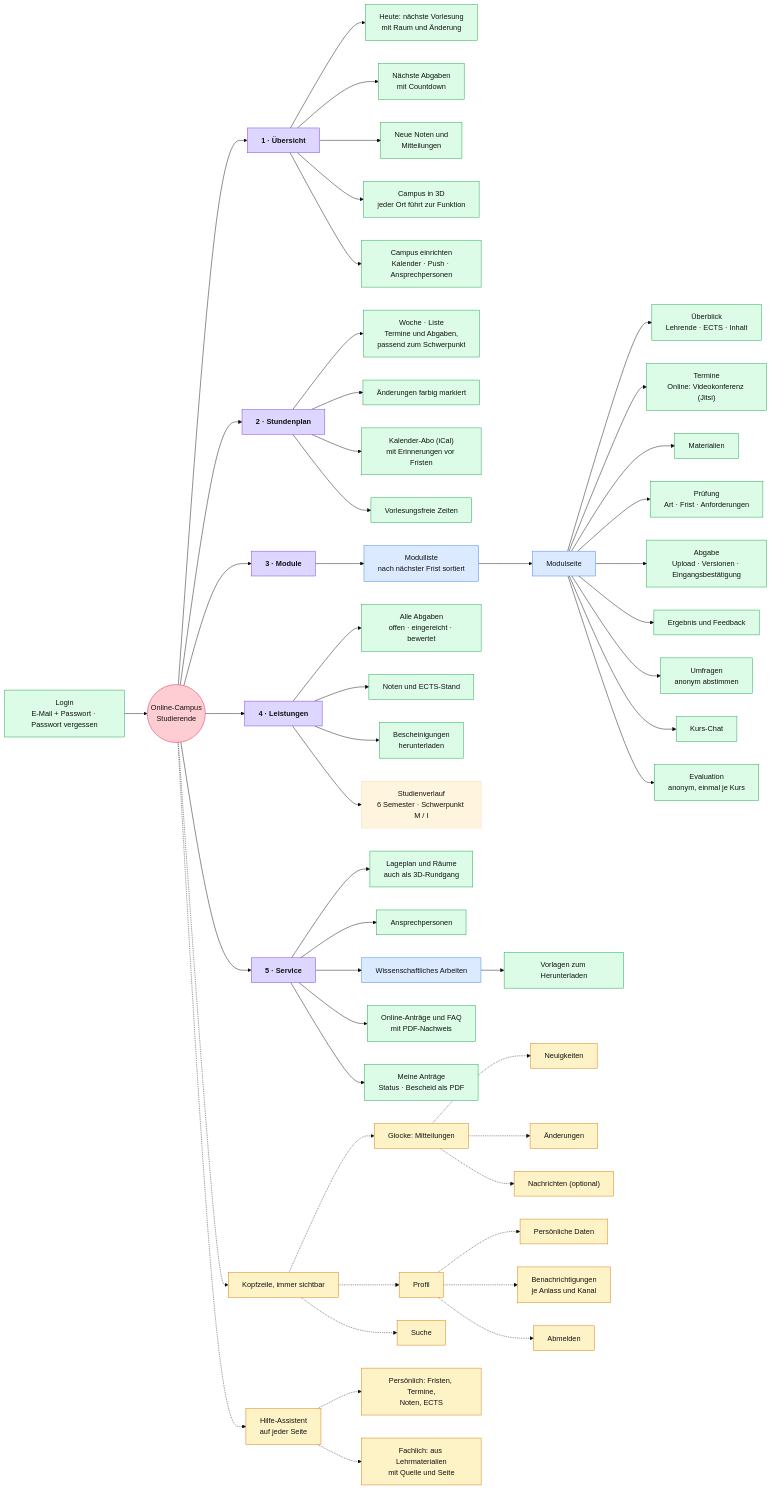
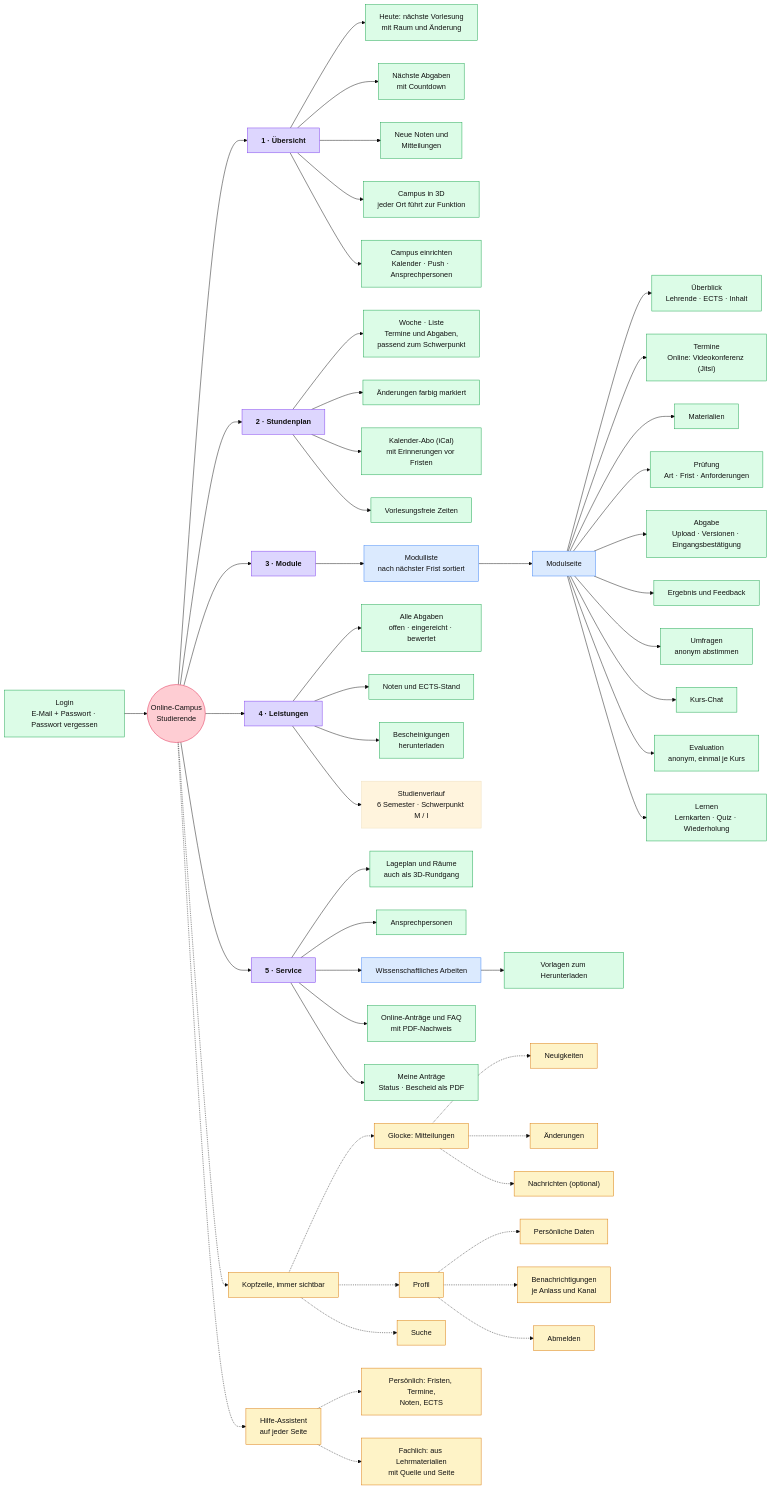
The diagram in sitemap-studierende.mmd (thimostender/Online-Campus), drawn with Mermaid (base theme) before and after one commit. The commit also changed 15 other files, not shown here.

Commit message:
Lernsystem: 200 Lernkarten und Quizfragen aus den Foliensaetzen Medienkonzeption (mit Zustimmung des Dozenten, ohne Fremdmaterial), Freigabe durch Lehrende, Wiederholung nach Leitner, privater Lernstand, Karte auf der Uebersicht; Regeln, Handout und Sitemaps

```diff
--- a/sitemap-studierende.mmd
+++ b/sitemap-studierende.mmd
@@ -1,68 +1,69 @@
 flowchart LR
   C(("Online-Campus<br/>Studierende"))
   LOGIN["Login<br/>E-Mail + Passwort · Passwort vergessen"] --> C
 
   C --> U["1 · Übersicht"]
   U --> U1["Heute: nächste Vorlesung<br/>mit Raum und Änderung"]
   U --> U2["Nächste Abgaben<br/>mit Countdown"]
   U --> U3["Neue Noten und<br/>Mitteilungen"]
   U --> U4["Campus in 3D<br/>jeder Ort führt zur Funktion"]
   U --> U5["Campus einrichten<br/>Kalender · Push · Ansprechpersonen"]
 
   C --> SP["2 · Stundenplan"]
   SP --> SP1["Woche · Liste<br/>Termine und Abgaben,<br/>passend zum Schwerpunkt"]
   SP --> SP2["Änderungen farbig markiert"]
   SP --> SP3["Kalender-Abo (iCal)<br/>mit Erinnerungen vor Fristen"]
   SP --> SP4["Vorlesungsfreie Zeiten"]
 
   C --> M["3 · Module"]
   M --> M1["Modulliste<br/>nach nächster Frist sortiert"]
   M1 --> MS["Modulseite"]
   MS --> MS1["Überblick<br/>Lehrende · ECTS · Inhalt"]
   MS --> MS2["Termine<br/>Online: Videokonferenz (Jitsi)"]
   MS --> MS3["Materialien"]
   MS --> MS4["Prüfung<br/>Art · Frist · Anforderungen"]
   MS --> MS5["Abgabe<br/>Upload · Versionen · Eingangsbestätigung"]
   MS --> MS6["Ergebnis und Feedback"]
   MS --> MS7["Umfragen<br/>anonym abstimmen"]
   MS --> MS8["Kurs-Chat"]
   MS --> MS9["Evaluation<br/>anonym, einmal je Kurs"]
+  MS --> MS10["Lernen<br/>Lernkarten · Quiz · Wiederholung"]
 
   C --> LE["4 · Leistungen"]
   LE --> LE1["Alle Abgaben<br/>offen · eingereicht · bewertet"]
   LE --> LE2["Noten und ECTS-Stand"]
   LE --> LE3["Bescheinigungen<br/>herunterladen"]
   LE --> LE4["Studienverlauf<br/>6 Semester · Schwerpunkt M / I"]
 
   C --> SV["5 · Service"]
   SV --> SV1["Lageplan und Räume<br/>auch als 3D-Rundgang"]
   SV --> SV2["Ansprechpersonen"]
   SV --> SV3["Wissenschaftliches Arbeiten"]
   SV3 --> SV3a["Vorlagen zum Herunterladen"]
   SV --> SV4["Online-Anträge und FAQ<br/>mit PDF-Nachweis"]
   SV --> SV5["Meine Anträge<br/>Status · Bescheid als PDF"]
 
   C -.-> K["Kopfzeile, immer sichtbar"]
   K -.-> MI["Glocke: Mitteilungen"]
   MI -.-> MI1["Neuigkeiten"]
   MI -.-> MI2["Änderungen"]
   MI -.-> MI3["Nachrichten (optional)"]
   K -.-> PR["Profil"]
   PR -.-> PR1["Persönliche Daten"]
   PR -.-> PR2["Benachrichtigungen<br/>je Anlass und Kanal"]
   PR -.-> PR3["Abmelden"]
   K -.-> HI["Suche"]
   C -.-> AS["Hilfe-Assistent<br/>auf jeder Seite"]
   AS -.-> AS1["Persönlich: Fristen, Termine,<br/>Noten, ECTS"]
   AS -.-> AS2["Fachlich: aus Lehrmaterialien<br/>mit Quelle und Seite"]
 
   classDef root fill:#fecdd3,stroke:#e11d48,color:#111
   classDef main fill:#ddd6fe,stroke:#7c3aed,color:#111,font-weight:bold
   classDef sub fill:#dbeafe,stroke:#3b82f6,color:#111
   classDef fn fill:#dcfce7,stroke:#16a34a,color:#111
   classDef head fill:#fef3c7,stroke:#d97706,color:#111
   class C root
   class U,SP,M,LE,SV main
   class MS,M1,SV3 sub
-  class U1,U2,U3,U4,U5,SP1,SP2,SP3,SP4,MS1,MS2,MS3,MS4,MS5,MS6,MS7,MS8,MS9,LE1,LE2,LE3,SV1,SV2,SV3a,SV4,SV5,LOGIN fn
+  class U1,U2,U3,U4,U5,SP1,SP2,SP3,SP4,MS1,MS2,MS3,MS4,MS5,MS6,MS7,MS8,MS9,MS10,LE1,LE2,LE3,SV1,SV2,SV3a,SV4,SV5,LOGIN fn
   class K,MI,MI1,MI2,MI3,PR,PR1,PR2,PR3,HI,AS,AS1,AS2 head
```
